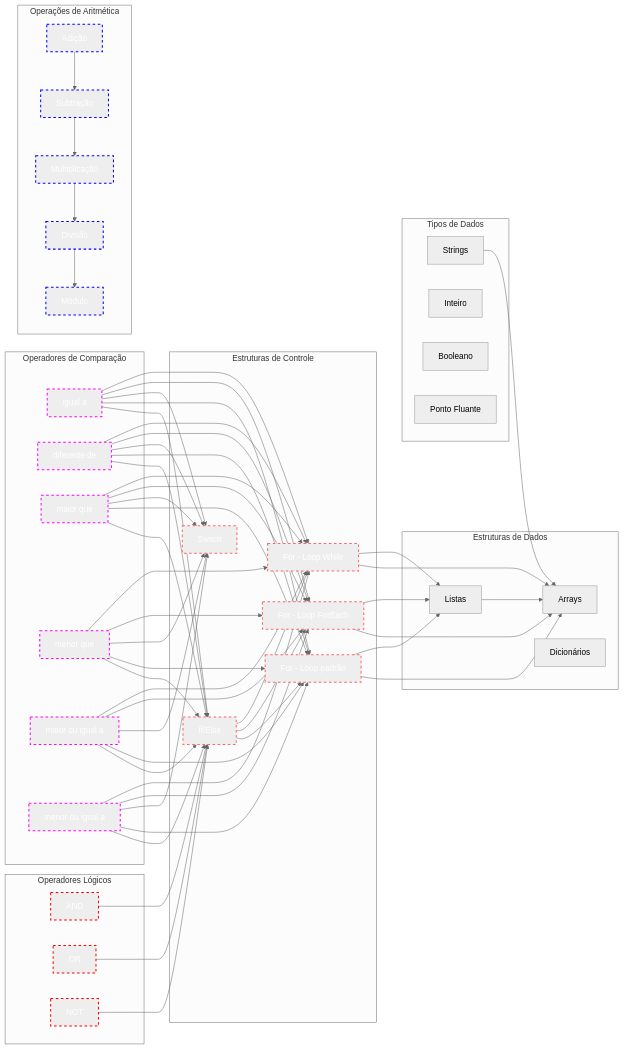
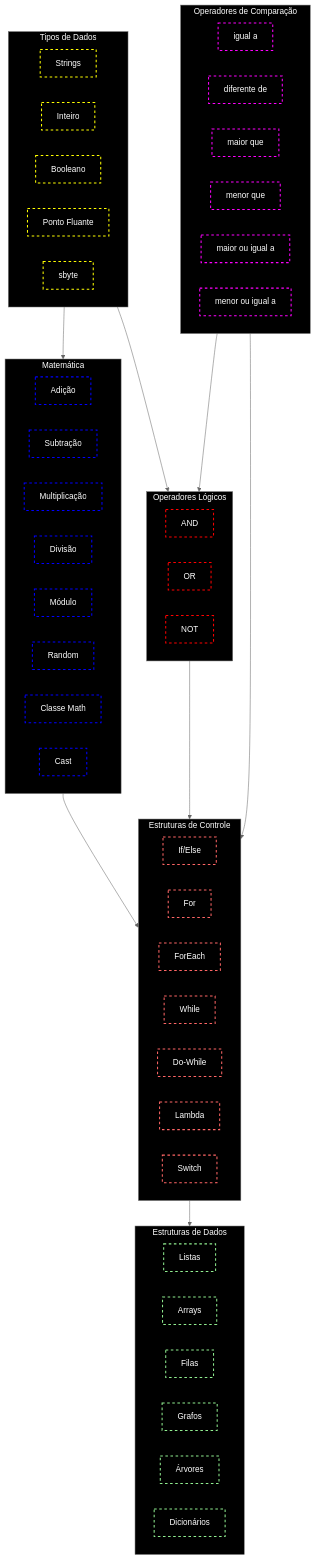
One commit to F4NT0/CSharp_Dotnet changed the diagram in C#/Basico/README.md. Above: the diagram before and after it, drawn with Mermaid (neutral theme).

Commit message:
#10 Atualizado Roadmap

````diff
--- a/C#/Basico/README.md
+++ b/C#/Basico/README.md
@@ -20,6 +20,6 @@
 ```mermaid
-flowchart LR
-    subgraph Operadores de Comparação
+flowchart 
+    subgraph comp [Operadores de Comparação]
         IG[igual a]
         DI[diferente de]
         MA[maior que]
@@ -28,121 +28,104 @@
         MEI[menor ou igual a]
     end
 
-    subgraph Operadores Lógicos
+    subgraph logic [Operadores Lógicos]
         E[AND]
         OU[OR]
         NÃO[NOT]
     end
 
-    subgraph Estruturas de Controle
+    subgraph cont [Estruturas de Controle]
         I[If/Else]
-        F[For - Loop padrão]
-        F2[For - Loop ForEach]
-        F3[For - Loop While]
+        F[For]
+        F2[ForEach]
+        F3[While]
+        F4[Do-While]
+        Lamb[Lambda]
         S[Switch]
     end
 
-    subgraph Estruturas de Dados
+    subgraph dsa [Estruturas de Dados]
         L[Listas]
         A[Arrays]
+        Stack[Filas]
+        Graph[Grafos]
+        Three[Árvores]
         D[Dicionários]
     end
 
-    subgraph Operações de Aritmética
+    subgraph arit [Matemática]
         Add[Adição]
         Sub[Subtração]
         M[Multiplicação]
         Div[Divisão]
         MD[Módulo]
+        rand[Random]
+        math[Classe Math]
+        cast[Cast]
     end
 
-    subgraph Tipos de Dados
+    subgraph types [Tipos de Dados]
         Str[Strings]
         int[Inteiro]
         bool[Booleano]
         double[Ponto Fluante]
+        sbyte[sbyte]
     end
 
-    E --> I
-    OU --> I
-    NÃO --> I
+    types --> arit
+    types --> logic
+    arit --> cont
+    logic --> cont
+    comp --> cont
+    comp --> logic
+    cont --> dsa
 
-    IG --> I
-    DI --> I
-    MA --> I
-    ME --> I
-    MAI --> I
-    MEI --> I
+    style types fill: #000,color:#fff
+    style arit fill: #000,color:#fff
+    style logic fill: #000,color:#fff
+    style cont fill: #000,color:#fff
+    style comp fill: #000,color:#fff
+    style dsa fill: #000,color:#fff
+    
 
-    IG --> F
-    DI --> F
-    MA --> F
-    ME --> F
-    MAI --> F
-    MEI --> F
+    style F fill: #000,stroke:#f66,stroke-width:2px,color:#fff,stroke-dasharray: 5 5
+    style F2 fill: #000,stroke:#f66,stroke-width:2px,color:#fff,stroke-dasharray: 5 5
+    style F3 fill: #000,stroke:#f66,stroke-width:2px,color:#fff,stroke-dasharray: 5 5
+    style I fill: #000,stroke:#f66,stroke-width:2px,color:#fff,stroke-dasharray: 5 5
+    style S fill: #000,stroke:#f66,stroke-width:2px,color:#fff,stroke-dasharray: 5 5
+    style Lamb fill: #000,stroke:#f66,stroke-width:2px,color:#fff,stroke-dasharray: 5 5
+    style F4 fill: #000,stroke:#f66,stroke-width:2px,color:#fff,stroke-dasharray: 5 5
 
-    IG --> S
-    DI --> S
-    MA --> S
-    ME --> S
-    MAI --> S
-    MEI --> S
+    style IG fill: #000,stroke:magenta,stroke-width:2px,color:#fff,stroke-dasharray: 5 5
+    style DI fill: #000,stroke:magenta,stroke-width:2px,color:#fff,stroke-dasharray: 5 5
+    style MEI fill: #000,stroke:magenta,stroke-width:2px,color:#fff,stroke-dasharray: 5 5
+    style MAI fill: #000,stroke:magenta,stroke-width:2px,color:#fff,stroke-dasharray: 5 5
+    style ME fill: #000,stroke:magenta,stroke-width:2px,color:#fff,stroke-dasharray: 5 5
+    style MA fill: #000,stroke:magenta,stroke-width:2px,color:#fff,stroke-dasharray: 5 5
 
-    IG --> F2
-    DI --> F2
-    MA --> F2
-    ME --> F2
-    MAI --> F2
-    MEI --> F2
+    style E fill: #000,stroke:red,stroke-width:2px,color:#fff,stroke-dasharray: 5 5
+    style OU fill: #000,stroke:red,stroke-width:2px,color:#fff,stroke-dasharray: 5 5
+    style NÃO fill: #000,stroke:red,stroke-width:2px,color:#fff,stroke-dasharray: 5 5
 
-    IG --> F3
-    DI --> F3
-    MA --> F3
-    ME --> F3
-    MAI --> F3
-    MEI --> F3
+    style MD fill: #000,stroke:blue,stroke-width:2px,color:#fff,stroke-dasharray: 5 5
+    style Div fill: #000,stroke:blue,stroke-width:2px,color:#fff,stroke-dasharray: 5 5
+    style M fill: #000,stroke:blue,stroke-width:2px,color:#fff,stroke-dasharray: 5 5
+    style Sub fill: #000,stroke:blue,stroke-width:2px,color:#fff,stroke-dasharray: 5 5
+    style Add fill: #000,stroke:blue,stroke-width:2px,color:#fff,stroke-dasharray: 5 5
+    style cast fill: #000,stroke:blue,stroke-width:2px,color:#fff,stroke-dasharray: 5 5
+    style math fill: #000,stroke:blue,stroke-width:2px,color:#fff,stroke-dasharray: 5 5
+    style rand fill: #000,stroke:blue,stroke-width:2px,color:#fff,stroke-dasharray: 5 5
 
-    I --> F
-    I --> F2
-    I --> F3
+    style sbyte fill: #000,stroke:yellow,stroke-width:2px,color:#fff,stroke-dasharray: 5 5
+    style double fill: #000,stroke:yellow,stroke-width:2px,color:#fff,stroke-dasharray: 5 5
+    style bool fill: #000,stroke:yellow,stroke-width:2px,color:#fff,stroke-dasharray: 5 5
+    style int fill: #000,stroke:yellow,stroke-width:2px,color:#fff,stroke-dasharray: 5 5
+    style Str fill: #000,stroke:yellow,stroke-width:2px,color:#fff,stroke-dasharray: 5 5
 
-    L --> A
-    Str --> A
-
-    Add --> Sub
-    Sub --> M
-    M --> Div
-    Div --> MD
-
-    F --> A
-    F --> L
-
-    F2 --> A
-    F2 --> L
-
-    F3 --> A
-    F3 --> L
-
-    style F stroke:#f66,stroke-width:2px,color:#fff,stroke-dasharray: 5 5
-    style F2 stroke:#f66,stroke-width:2px,color:#fff,stroke-dasharray: 5 5
-    style F3 stroke:#f66,stroke-width:2px,color:#fff,stroke-dasharray: 5 5
-    style I stroke:#f66,stroke-width:2px,color:#fff,stroke-dasharray: 5 5
-    style S stroke:#f66,stroke-width:2px,color:#fff,stroke-dasharray: 5 5
-
-    style IG stroke:magenta,stroke-width:2px,color:#fff,stroke-dasharray: 5 5
-    style DI stroke:magenta,stroke-width:2px,color:#fff,stroke-dasharray: 5 5
-    style MEI stroke:magenta,stroke-width:2px,color:#fff,stroke-dasharray: 5 5
-    style MAI stroke:magenta,stroke-width:2px,color:#fff,stroke-dasharray: 5 5
-    style ME stroke:magenta,stroke-width:2px,color:#fff,stroke-dasharray: 5 5
-    style MA stroke:magenta,stroke-width:2px,color:#fff,stroke-dasharray: 5 5
-
-    style E stroke:red,stroke-width:2px,color:#fff,stroke-dasharray: 5 5
-    style OU stroke:red,stroke-width:2px,color:#fff,stroke-dasharray: 5 5
-    style NÃO stroke:red,stroke-width:2px,color:#fff,stroke-dasharray: 5 5
-
-    style MD stroke:blue,stroke-width:2px,color:#fff,stroke-dasharray: 5 5
-    style Div stroke:blue,stroke-width:2px,color:#fff,stroke-dasharray: 5 5
-    style M stroke:blue,stroke-width:2px,color:#fff,stroke-dasharray: 5 5
-    style Sub stroke:blue,stroke-width:2px,color:#fff,stroke-dasharray: 5 5
-    style Add stroke:blue,stroke-width:2px,color:#fff,stroke-dasharray: 5 5
+    style D fill: #000,stroke:lightgreen,stroke-width:2px,color:#fff,stroke-dasharray: 5 5
+    style Three fill: #000,stroke:lightgreen,stroke-width:2px,color:#fff,stroke-dasharray: 5 5
+    style Graph fill: #000,stroke:lightgreen,stroke-width:2px,color:#fff,stroke-dasharray: 5 5
+    style Stack fill: #000,stroke:lightgreen,stroke-width:2px,color:#fff,stroke-dasharray: 5 5
+    style A fill: #000,stroke:lightgreen,stroke-width:2px,color:#fff,stroke-dasharray: 5 5
+    style L fill: #000,stroke:lightgreen,stroke-width:2px,color:#fff,stroke-dasharray: 5 5
 ```
````
